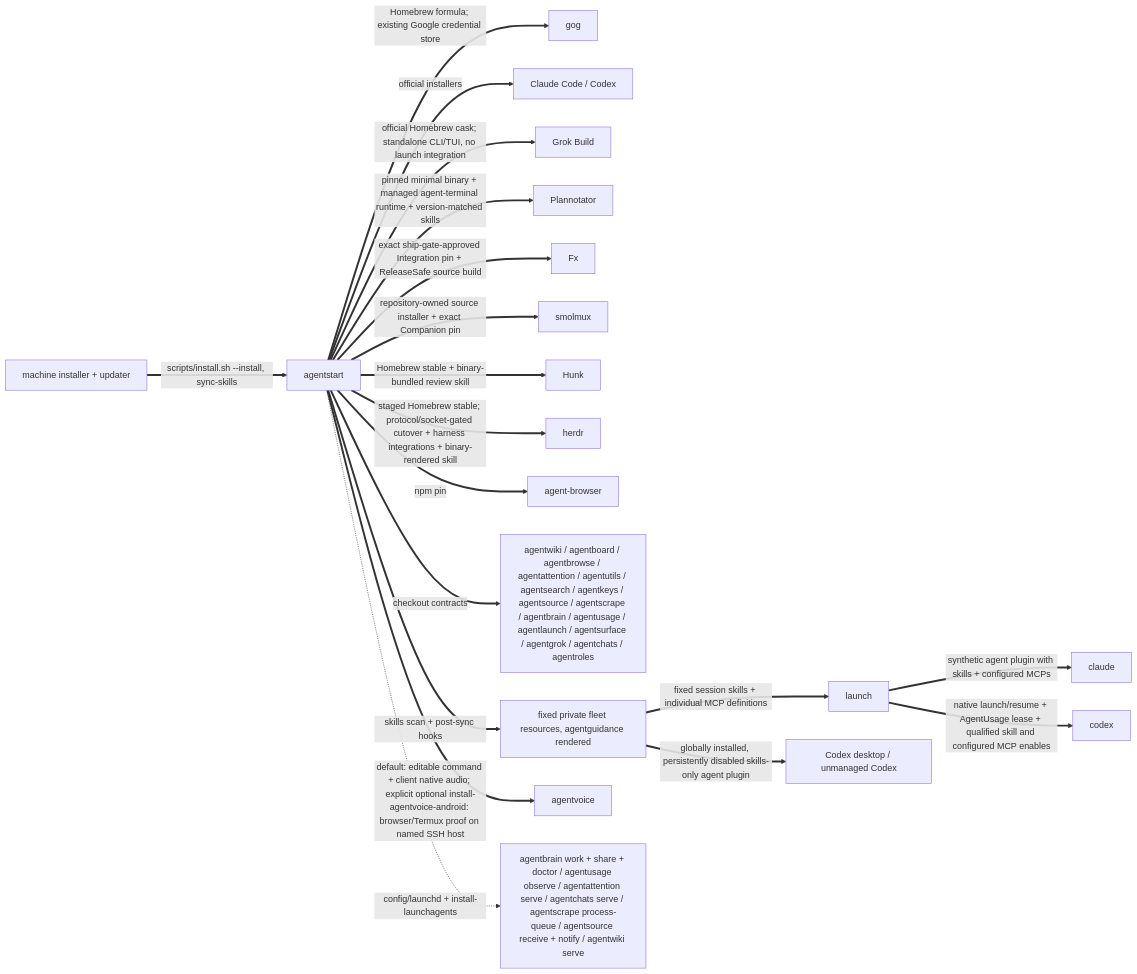
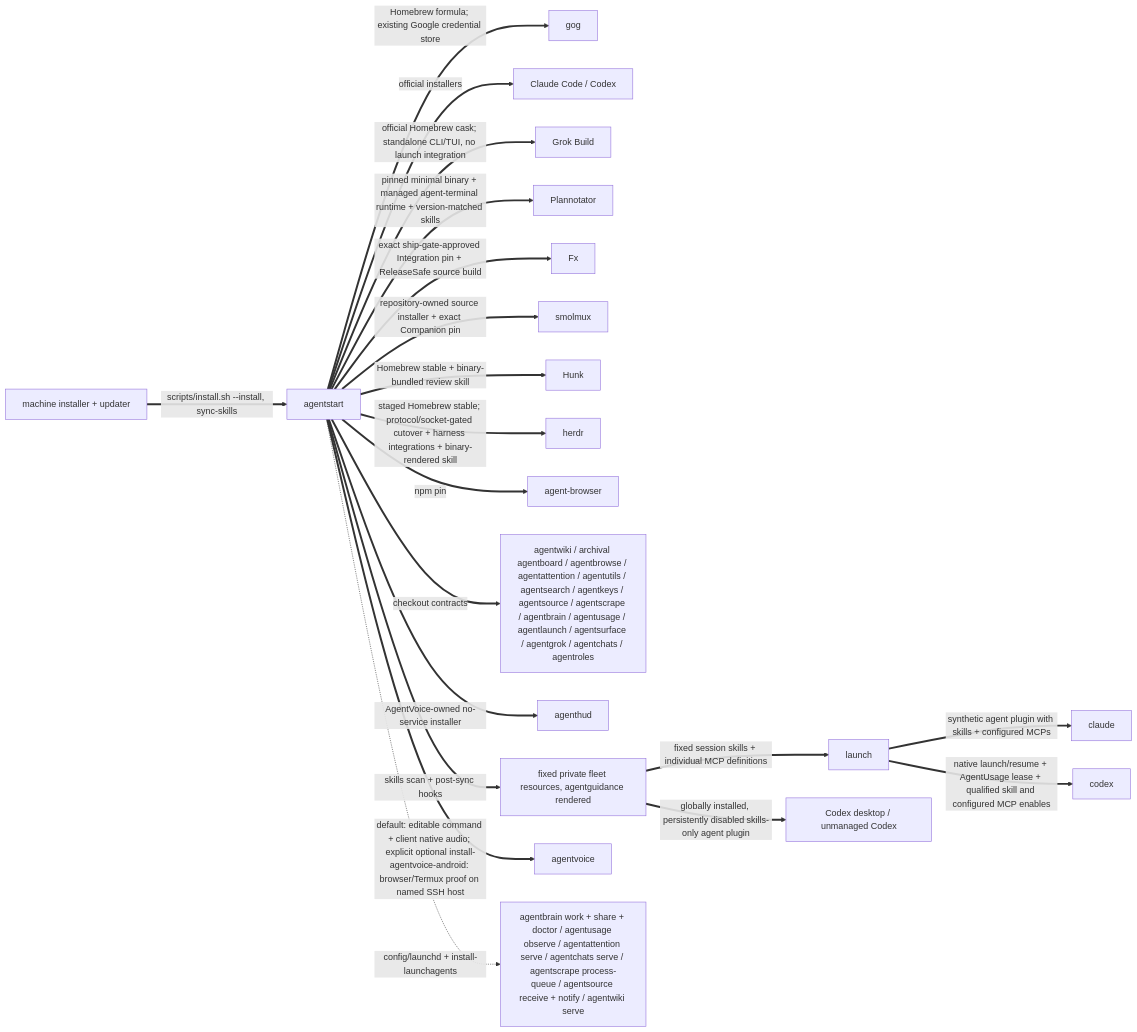
Before and after one commit to possibilities/agentstart: the second of 3 diagrams in skills/fleet/MAP.md, drawn with Mermaid. The commit also changed other lines of this file and 14 other files, not shown here.

Commit message:
Cut active work over to AgentHUD

````diff
--- a/skills/fleet/MAP.md
+++ b/skills/fleet/MAP.md
@@ -102,24 +102,25 @@
 ```mermaid
 flowchart LR
     machine[machine installer + updater]
     start[agentstart]
 
     machine ==>|scripts/install.sh --install, sync-skills| start
     start ==>|Homebrew formula; existing Google credential store| gog
     start ==>|official installers| harnesses[Claude Code / Codex]
     start ==>|official Homebrew cask; standalone CLI/TUI, no launch integration| grok[Grok Build]
     start ==>|pinned minimal binary + managed agent-terminal runtime + version-matched skills| plannotator[Plannotator]
     start ==>|exact ship-gate-approved Integration pin + ReleaseSafe source build| fx[Fx]
     start ==>|repository-owned source installer + exact Companion pin| smolmuxInstall[smolmux]
     start ==>|Homebrew stable + binary-bundled review skill| hunk[Hunk]
     start ==>|staged Homebrew stable; protocol/socket-gated cutover + harness integrations + binary-rendered skill| herdrInstall[herdr]
     start ==>|npm pin| browser[agent-browser]
-    start ==>|checkout contracts| fleet[agentwiki / agentboard / agentbrowse / agentattention / agentutils / agentsearch / agentkeys / agentsource / agentscrape / agentbrain / agentusage / agentlaunch / agentsurface / agentgrok / agentchats / agentroles]
+    start ==>|checkout contracts| fleet[agentwiki / archival agentboard / agentbrowse / agentattention / agentutils / agentsearch / agentkeys / agentsource / agentscrape / agentbrain / agentusage / agentlaunch / agentsurface / agentgrok / agentchats / agentroles]
+    start ==>|AgentVoice-owned no-service installer| hudInstall[agenthud]
     start ==>|skills scan + post-sync hooks| skills[fixed private fleet resources, agentguidance rendered]
     start ==>|default: editable command + client native audio; explicit optional install-agentvoice-android: browser/Termux proof on named SSH host| voiceInstall[agentvoice]
     skills ==>|fixed session skills + individual MCP definitions| launch
     launch ==>|synthetic agent plugin with skills + configured MCPs| claude
     launch ==>|native launch/resume + AgentUsage lease + qualified skill and configured MCP enables| codex
     skills ==>|globally installed, persistently disabled skills-only agent plugin| codexDesktop[Codex desktop / unmanaged Codex]
     start -.->|config/launchd + install-launchagents| services[agentbrain work + share + doctor / agentusage observe / agentattention serve / agentchats serve / agentscrape process-queue / agentsource receive + notify / agentwiki serve]
 ```
````
